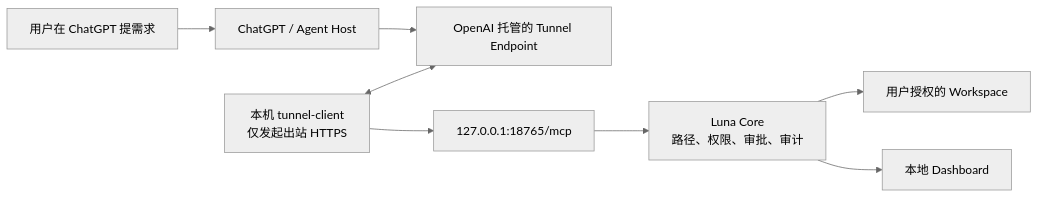
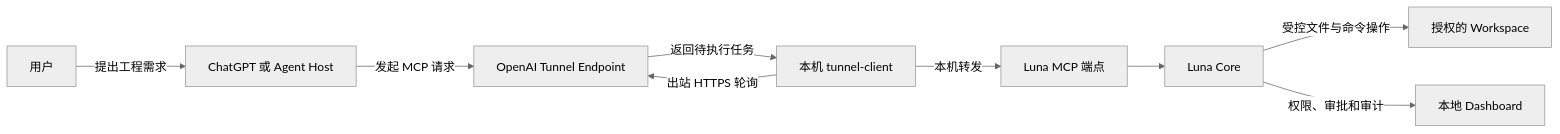
The diagram in README.md (terrywang1985/luna_unlimited), drawn with Mermaid (neutral theme) before and after one commit.

Commit message:
Fix GitHub Mermaid rendering

````diff
--- a/README.md
+++ b/README.md
@@ -16,10 +16,11 @@
 ```mermaid
 flowchart LR
-    U["用户在 ChatGPT 提需求"] --> H["ChatGPT / Agent Host"]
-    H --> O["OpenAI 托管的 Tunnel Endpoint"]
-    T["本机 tunnel-client<br/>仅发起出站 HTTPS"] <--> O
-    T --> M["127.0.0.1:18765/mcp"]
-    M --> C["Luna Core<br/>路径、权限、审批、审计"]
-    C --> W["用户授权的 Workspace"]
-    C --> D["本地 Dashboard"]
+    U["用户"] -->|提出工程需求| H["ChatGPT 或 Agent Host"]
+    H -->|发起 MCP 请求| O["OpenAI Tunnel Endpoint"]
+    T["本机 tunnel-client"] -->|出站 HTTPS 轮询| O
+    O -->|返回待执行任务| T
+    T -->|本机转发| M["Luna MCP 端点"]
+    M --> C["Luna Core"]
+    C -->|受控文件与命令操作| W["授权的 Workspace"]
+    C -->|权限、审批和审计| D["本地 Dashboard"]
 ```
````
